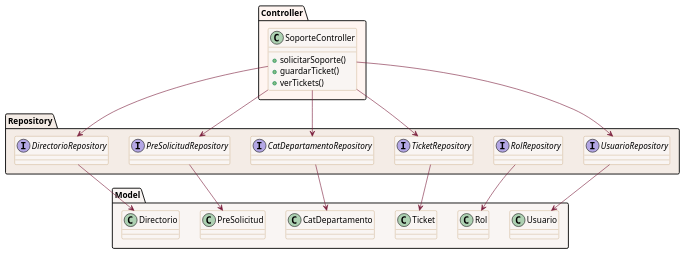
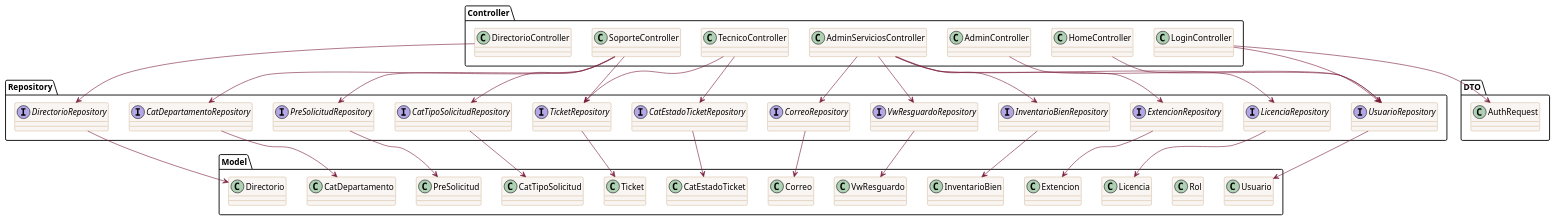
The diagram in api/src/main/java/arquitectura_mvc.puml (lalo02rico-lab/M_ayuda), drawn with PlantUML before and after one commit. The commit also changed 69 other files, not shown here.

```diff
--- a/api/src/main/java/arquitectura_mvc.puml
+++ b/api/src/main/java/arquitectura_mvc.puml
@@ -1,48 +1,113 @@
 @startuml
 ' =====================================================
-'  DIAGRAMA MVC – ESTRUCTURA DE CAPAS DEL SISTEMA
+'  DIAGRAMA MVC – ARQUITECTURA REAL DEL SISTEMA
+'  MESA DE AYUDA INSTITUCIONAL
 ' =====================================================
+
 skinparam backgroundColor #FFFFFF
 skinparam classBorderColor #B48954
 skinparam classBackgroundColor #F9F5F3
 skinparam arrowColor #7B1E3D
 
-package "Controller" #FFF5F1 {
-  class SoporteController {
-    +solicitarSoporte()
-    +guardarTicket()
-    +verTickets()
-  }
+' =========================
+' CONTROLLER
+' =========================
+package Controller {
+
+  class HomeController
+  class LoginController
+  class AdminController
+  class TecnicoController
+  class SoporteController
+  class DirectorioController
+  class AdminServiciosController
 }
 
-package "Repository" #F4ECE6 {
-  interface UsuarioRepository
-  interface RolRepository
-  interface TicketRepository
-  interface CatDepartamentoRepository
-  interface PreSolicitudRepository
-  interface DirectorioRepository
+' =========================
+' DTO
+' =========================
+package DTO {
+  class AuthRequest
 }
 
-package "Model" #F9F5F3 {
+' =========================
+' REPOSITORY
+' =========================
+package Repository {
+
+  interface UsuarioRepository
+  interface TicketRepository
+  interface PreSolicitudRepository
+  interface CatDepartamentoRepository
+  interface CatEstadoTicketRepository
+  interface CatTipoSolicitudRepository
+  interface DirectorioRepository
+  interface CorreoRepository
+  interface LicenciaRepository
+  interface ExtencionRepository
+  interface InventarioBienRepository
+  interface VwResguardoRepository
+}
+
+' =========================
+' MODEL / ENTITY
+' =========================
+package Model {
+
   class Usuario
   class Rol
   class Ticket
+  class PreSolicitud
   class CatDepartamento
-  class PreSolicitud
+  class CatEstadoTicket
+  class CatTipoSolicitud
   class Directorio
+  class Correo
+  class Licencia
+  class Extencion
+  class InventarioBien
+  class VwResguardo
 }
 
-SoporteController --> UsuarioRepository
+' =========================
+' RELACIONES CONTROLLER → DTO / REPOSITORY
+' =========================
+LoginController --> AuthRequest
+LoginController --> UsuarioRepository
+
+HomeController --> UsuarioRepository
+AdminController --> UsuarioRepository
+
 SoporteController --> TicketRepository
+SoporteController --> PreSolicitudRepository
+SoporteController --> CatTipoSolicitudRepository
 SoporteController --> CatDepartamentoRepository
-SoporteController --> PreSolicitudRepository
-SoporteController --> DirectorioRepository
 
+TecnicoController --> TicketRepository
+TecnicoController --> CatEstadoTicketRepository
+
+DirectorioController --> DirectorioRepository
+
+AdminServiciosController --> CorreoRepository
+AdminServiciosController --> LicenciaRepository
+AdminServiciosController --> ExtencionRepository
+AdminServiciosController --> InventarioBienRepository
+AdminServiciosController --> VwResguardoRepository
+
+' =========================
+' RELACIONES REPOSITORY → ENTITY
+' =========================
 UsuarioRepository --> Usuario
-RolRepository --> Rol
 TicketRepository --> Ticket
+PreSolicitudRepository --> PreSolicitud
 CatDepartamentoRepository --> CatDepartamento
-PreSolicitudRepository --> PreSolicitud
+CatEstadoTicketRepository --> CatEstadoTicket
+CatTipoSolicitudRepository --> CatTipoSolicitud
 DirectorioRepository --> Directorio
+CorreoRepository --> Correo
+LicenciaRepository --> Licencia
+ExtencionRepository --> Extencion
+InventarioBienRepository --> InventarioBien
+VwResguardoRepository --> VwResguardo
+
 @enduml
```
